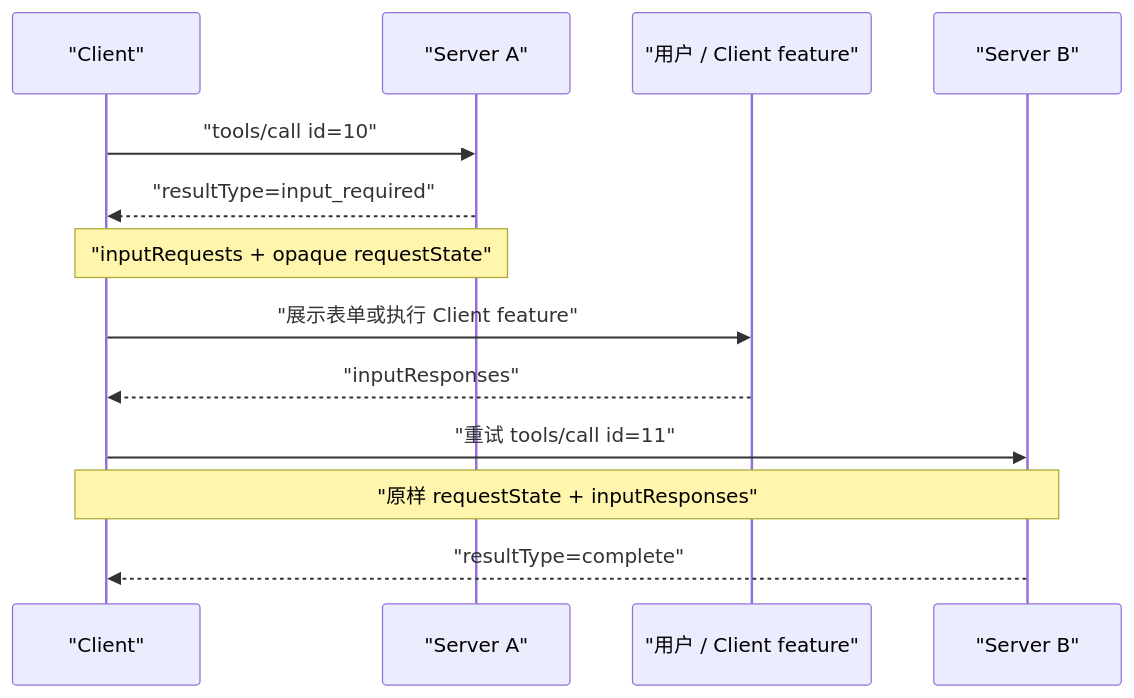
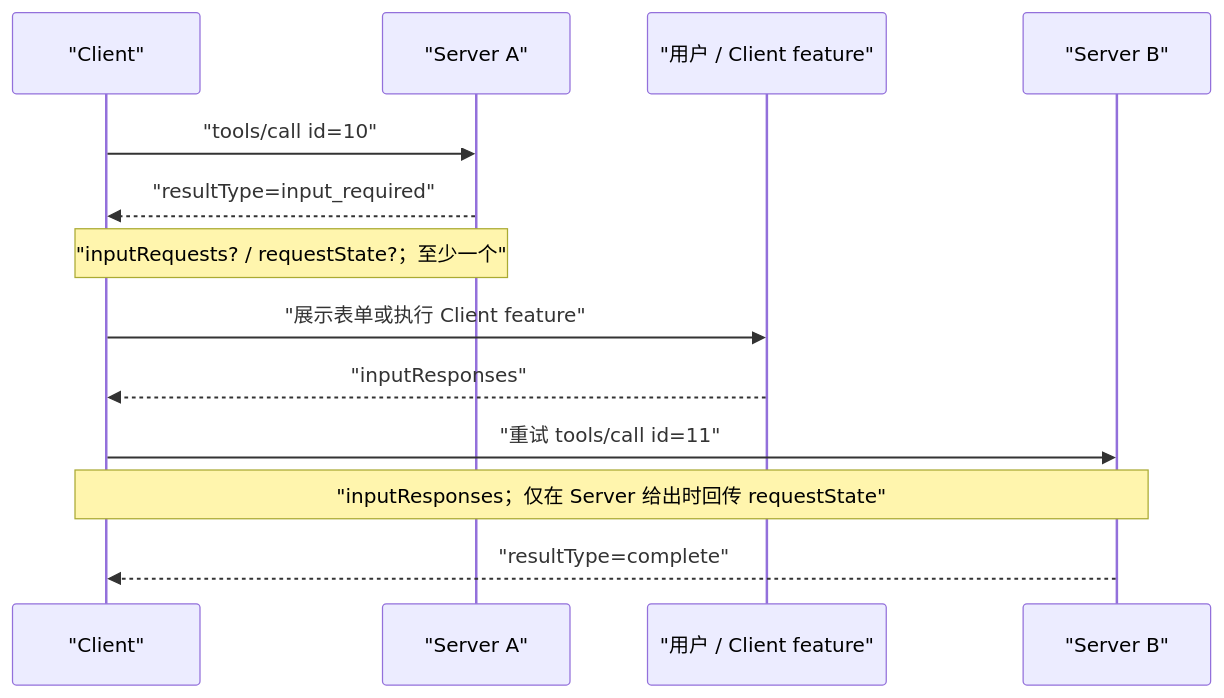
Before and after one commit to caiboyang/ML-learning: diagram 20 of 27 in mcp-2.0/MCP_2_0_Research.md, drawn with Mermaid. The commit also changed other lines of this file and 2 other files, not shown here.

````diff
--- a/mcp-2.0/MCP_2_0_Research.md
+++ b/mcp-2.0/MCP_2_0_Research.md
@@ -2134,15 +2332,15 @@
 ```mermaid
 sequenceDiagram
     participant C as "Client"
     participant S1 as "Server A"
     participant U as "用户 / Client feature"
     participant S2 as "Server B"
     C->>S1: "tools/call id=10"
     S1-->>C: "resultType=input_required"
-    Note over S1,C: "inputRequests + opaque requestState"
+    Note over S1,C: "inputRequests? / requestState?；至少一个"
     C->>U: "展示表单或执行 Client feature"
     U-->>C: "inputResponses"
     C->>S2: "重试 tools/call id=11"
-    Note over C,S2: "原样 requestState + inputResponses"
+    Note over C,S2: "inputResponses；仅在 Server 给出时回传 requestState"
     S2-->>C: "resultType=complete"
 ```
````
